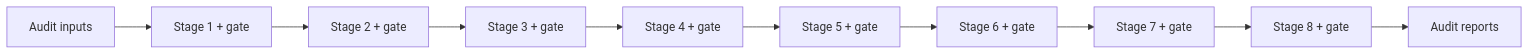
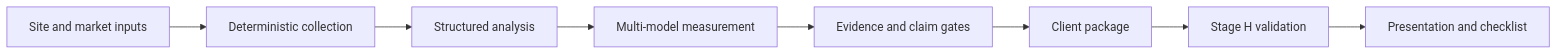
The diagram in portfolio/aivs-case-study/README.md (BrysinSS/BrysinSS), drawn with Mermaid before and after one commit. The commit also changed other lines of this file and 5 other files, not shown here.

````diff
--- a/portfolio/aivs-case-study/README.md
+++ b/portfolio/aivs-case-study/README.md
@@ -19,12 +27,10 @@
 ```mermaid
 flowchart LR
-  I[Audit inputs] --> S1[Stage 1 + gate]
-  S1 --> S2[Stage 2 + gate]
-  S2 --> S3[Stage 3 + gate]
-  S3 --> S4[Stage 4 + gate]
-  S4 --> S5[Stage 5 + gate]
-  S5 --> S6[Stage 6 + gate]
-  S6 --> S7[Stage 7 + gate]
-  S7 --> S8[Stage 8 + gate]
-  S8 --> R[Audit reports]
+  A[Site and market inputs] --> B[Deterministic collection]
+  B --> C[Structured analysis]
+  C --> D[Multi-model measurement]
+  D --> E[Evidence and claim gates]
+  E --> F[Client package]
+  F --> G[Stage H validation]
+  G --> H[Presentation and checklist]
 ```
````
